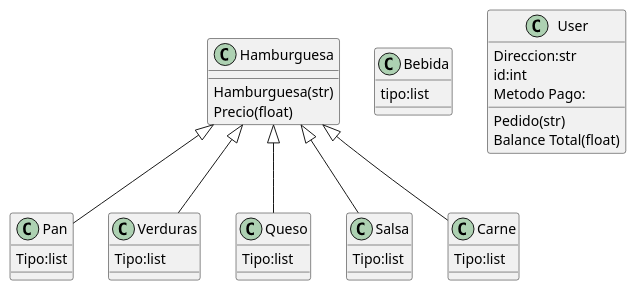
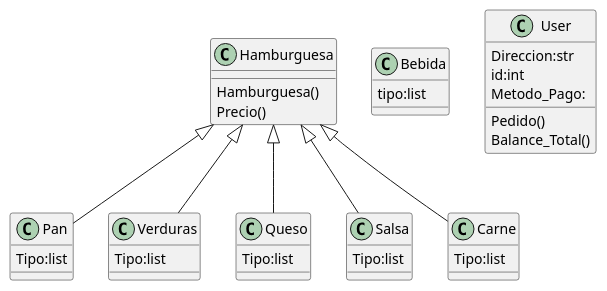
Before and after one commit to jgayon/OOPProyectFinal: the diagram in hamburguesasuml.puml, drawn with PlantUML.

Commit message:
Modificacion del UML

```diff
--- a/hamburguesasuml.puml
+++ b/hamburguesasuml.puml
@@ -1,42 +1,42 @@
 @startuml TiendaHamburgesas
 
 class Pan{
 Tipo:list
 }
 class Verduras{
 Tipo:list
 }
 class Queso{
 Tipo:list
 }
 class Salsa{
 Tipo:list
 }
 
 class Hamburguesa{
-Hamburguesa(str)
-Precio(float)
+Hamburguesa()
+Precio()
 }
 
 class Carne{
 Tipo:list
 }
 
 class Bebida{
 tipo:list
 }
 
 class User{
 Direccion:str
 id:int
-Metodo Pago:
-Pedido(str)
-Balance Total(float)
+Metodo_Pago:
+Pedido()
+Balance_Total()
 }
 
 Hamburguesa <|-- Carne
 Hamburguesa <|-- Queso
 Hamburguesa <|-- Verduras
 Hamburguesa <|-- Pan
 Hamburguesa <|-- Salsa
 @enduml 
```
